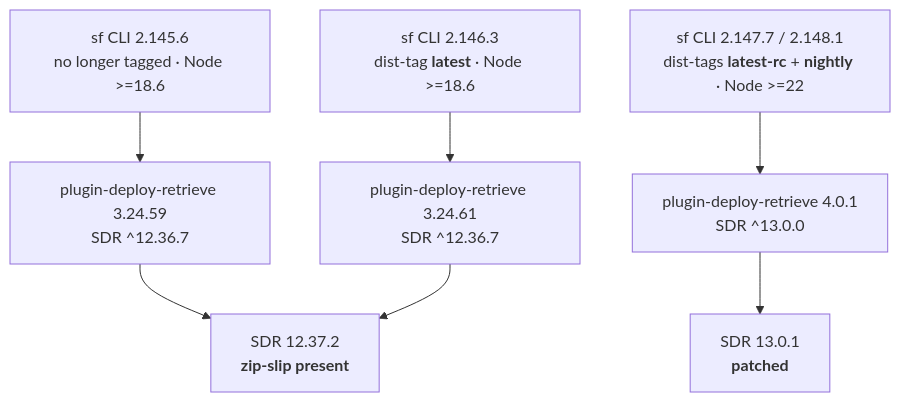
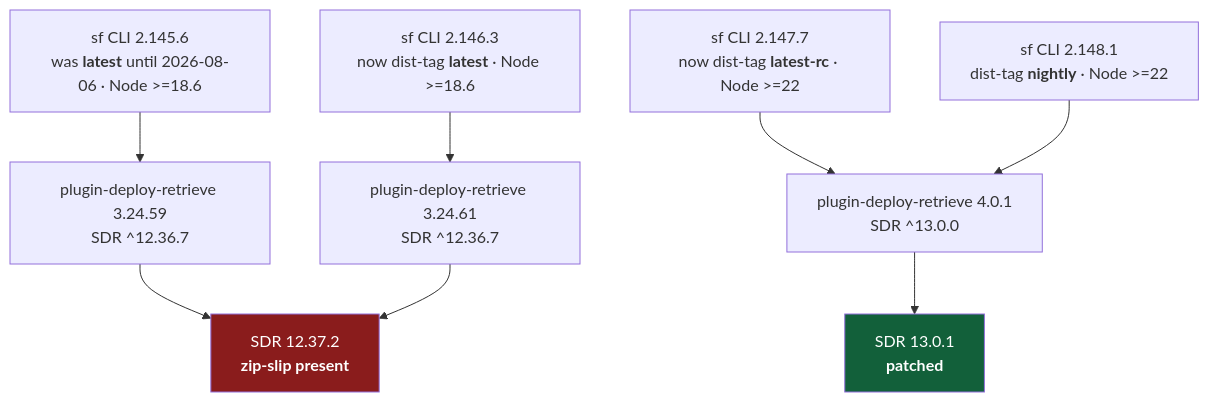
One commit to Daniel-Deepak-Dev/myLearning changed the third of 3 diagrams in AI_Data/05-release-radar/developer-tooling-and-apis.md. Above: the diagram before and after it, drawn with Mermaid. The commit also changed other lines of this file and 10 other files, not shown here.

````diff
--- a/AI_Data/05-release-radar/developer-tooling-and-apis.md
+++ b/AI_Data/05-release-radar/developer-tooling-and-apis.md
@@ -156,9 +206,12 @@
 ```mermaid
 flowchart TD
-    A["sf CLI 2.145.6<br/>no longer tagged · Node >=18.6"] --> B["plugin-deploy-retrieve 3.24.59<br/>SDR ^12.36.7"]
+    A["sf CLI 2.145.6<br/>was <b>latest</b> until 2026-08-06 · Node >=18.6"] --> B["plugin-deploy-retrieve 3.24.59<br/>SDR ^12.36.7"]
     B --> C["SDR 12.37.2<br/><b>zip-slip present</b>"]
-    D["sf CLI 2.146.3<br/>dist-tag <b>latest</b> · Node >=18.6"] --> E["plugin-deploy-retrieve 3.24.61<br/>SDR ^12.36.7"]
+    D["sf CLI 2.146.3<br/>now dist-tag <b>latest</b> · Node >=18.6"] --> E["plugin-deploy-retrieve 3.24.61<br/>SDR ^12.36.7"]
     E --> C
-    F["sf CLI 2.147.7 / 2.148.1<br/>dist-tags <b>latest-rc</b> + <b>nightly</b> · Node >=22"] --> G["plugin-deploy-retrieve 4.0.1<br/>SDR ^13.0.0"]
+    F["sf CLI 2.147.7<br/>now dist-tag <b>latest-rc</b> · Node >=22"] --> G["plugin-deploy-retrieve 4.0.1<br/>SDR ^13.0.0"]
+    I["sf CLI 2.148.1<br/>dist-tag <b>nightly</b> · Node >=22"] --> G
     G --> H["SDR 13.0.1<br/><b>patched</b>"]
+    style C fill:#8a1c1c,color:#ffffff
+    style H fill:#12603a,color:#ffffff
 ```
````
